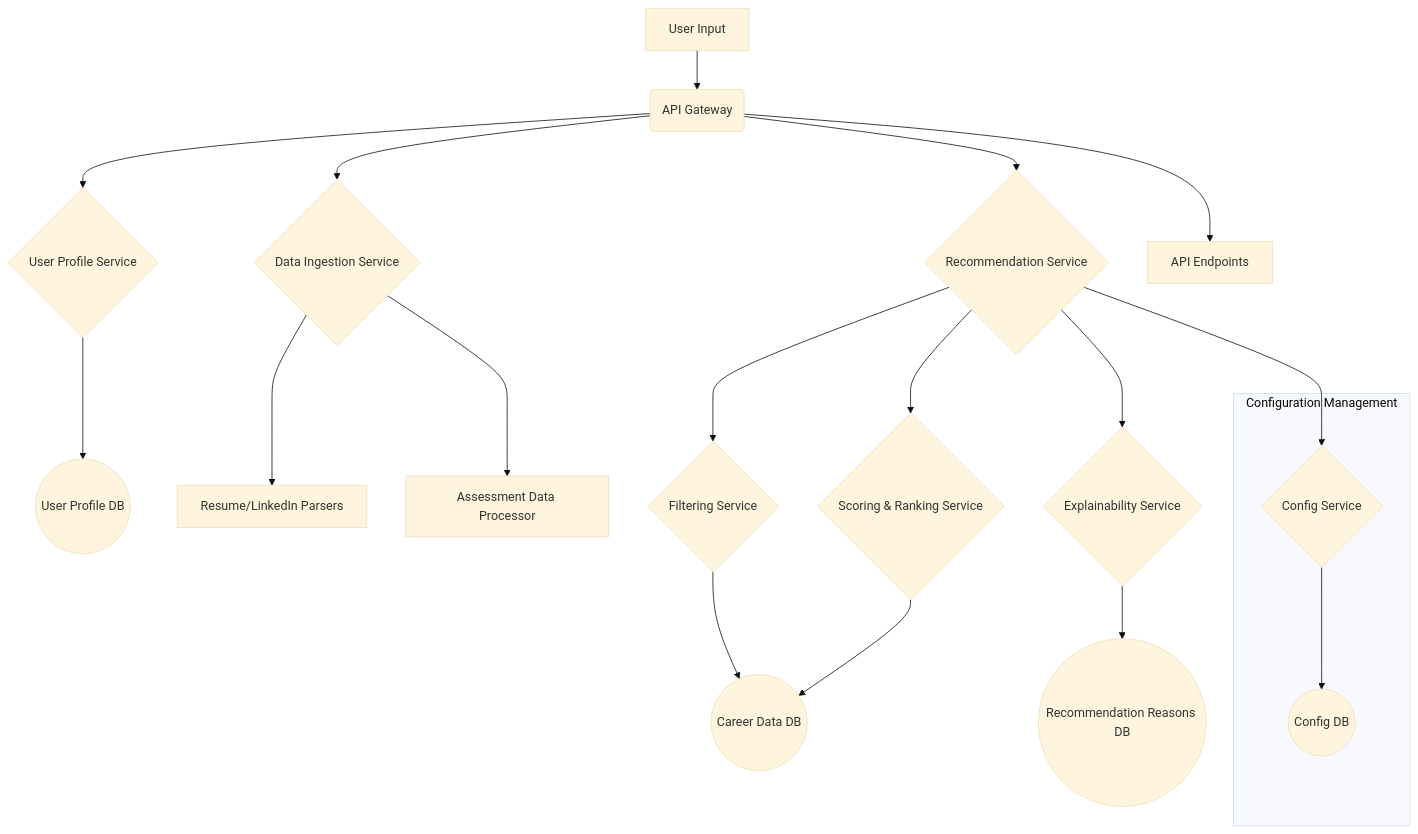
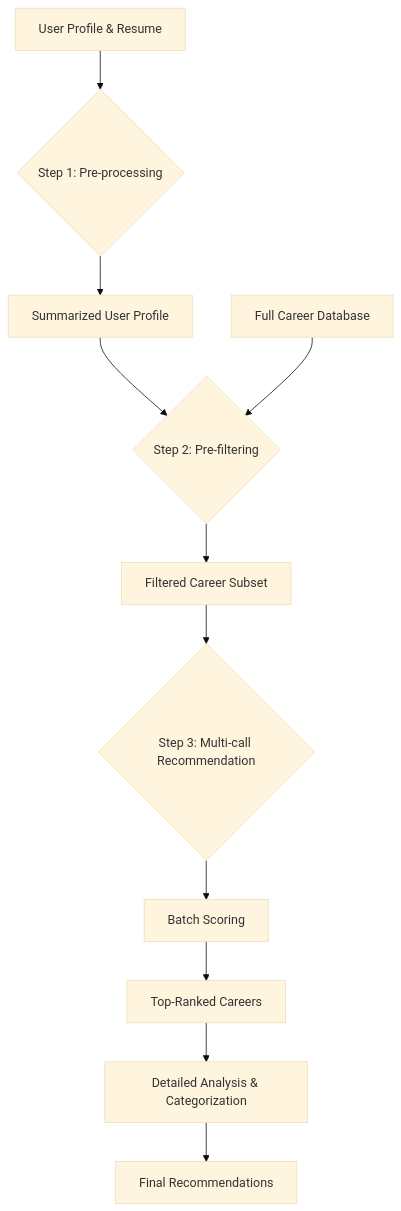
The diagram in recommendation-engine-architecture.md (bryandavidhaas-dotcom/wandering-narwhal-zoom), drawn with Mermaid (base theme) before and after one commit. The commit also changed other lines of this file and 44 other files, not shown here.

First line of the commit message:
Major system improvements: Enhanced recommendation engine, expanded career database, and improved frontend UX

````diff
--- a/recommendation-engine-architecture.md
+++ b/recommendation-engine-architecture.md
@@ -90,23 +11,13 @@
 ```mermaid
 graph TD
-    A[User Input] --> B(API Gateway);
-    B --> C{User Profile Service};
-    B --> D{Data Ingestion Service};
-    D --> E[Resume/LinkedIn Parsers];
-    D --> F[Assessment Data Processor];
-    C --> G((User Profile DB));
-    B --> H{Recommendation Service};
-    H --> I{Filtering Service};
-    H --> J{Scoring & Ranking Service};
-    I --> K((Career Data DB));
-    J --> K;
-    H --> L{Explainability Service};
-    L --> M((Recommendation Reasons DB));
-    B --> N[API Endpoints];
-
-    subgraph "Configuration Management"
-        O{Config Service} --> P((Config DB));
-    end
-
-    H --> O;
+    A[User Profile & Resume] --> B{Step 1: Pre-processing};
+    B --> C[Summarized User Profile];
+    C --> D{Step 2: Pre-filtering};
+    E[Full Career Database] --> D;
+    D --> F[Filtered Career Subset];
+    F --> G{Step 3: Multi-call Recommendation};
+    G --> H[Batch Scoring];
+    H --> I[Top-Ranked Careers];
+    I --> J[Detailed Analysis & Categorization];
+    J --> K[Final Recommendations];
 ```
````
